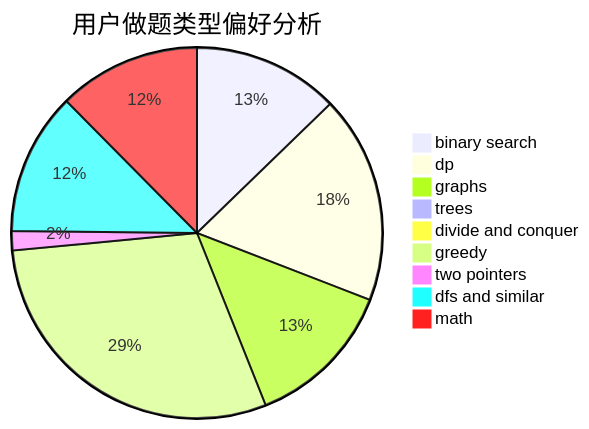
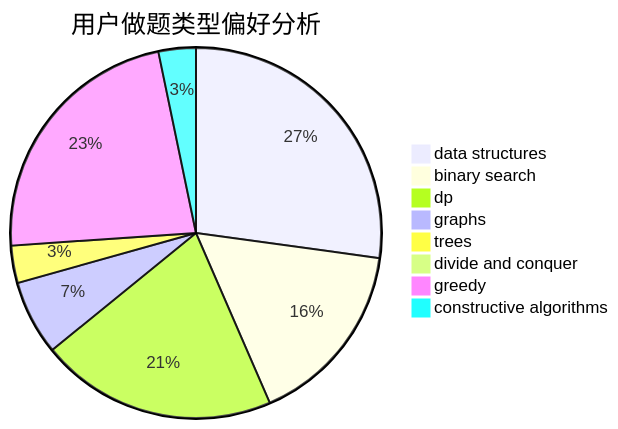
Before and after one commit to sherpahu/cfrs.github.io: the second of 3 diagrams in docs/user/u1697.md, drawn with Mermaid. The commit also changed other lines of this file and 2775 other files, not shown here.

````diff
--- a/docs/user/u1697.md
+++ b/docs/user/u1697.md
@@ -23,12 +23,11 @@
 ```mermaid
 pie title 用户做题类型偏好分析
-    "binary search" :  38
-    "dp" :  54
-    "graphs" :  39
+    "data structures" :  25
+    "binary search" :  15
+    "dp" :  19
+    "graphs" :  6
     "trees" :  3
     "divide and conquer" :  0
-    "greedy" :  88
-    "two pointers" :  5
-    "dfs and similar" :  37
-    "math" :  37
+    "greedy" :  21
+    "constructive algorithms" :  3
 ```
````
